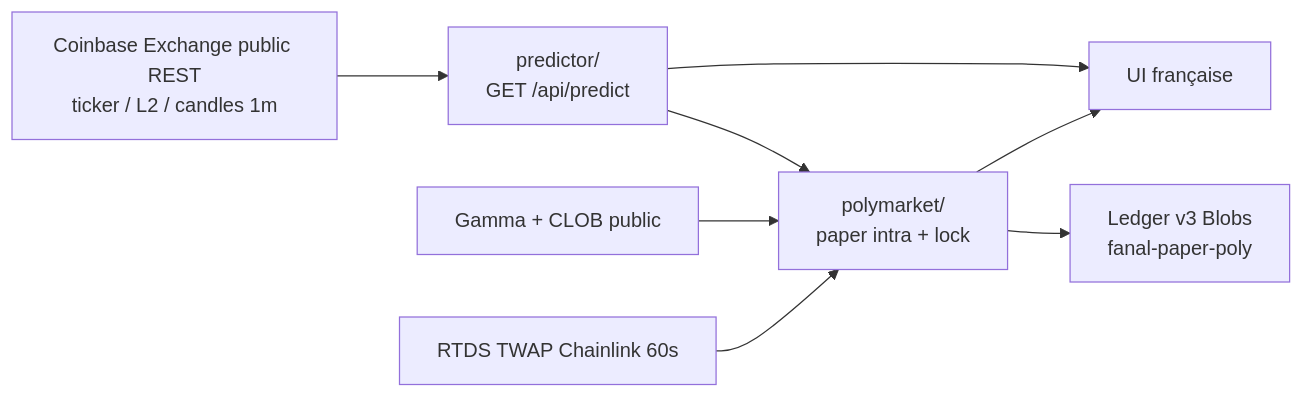
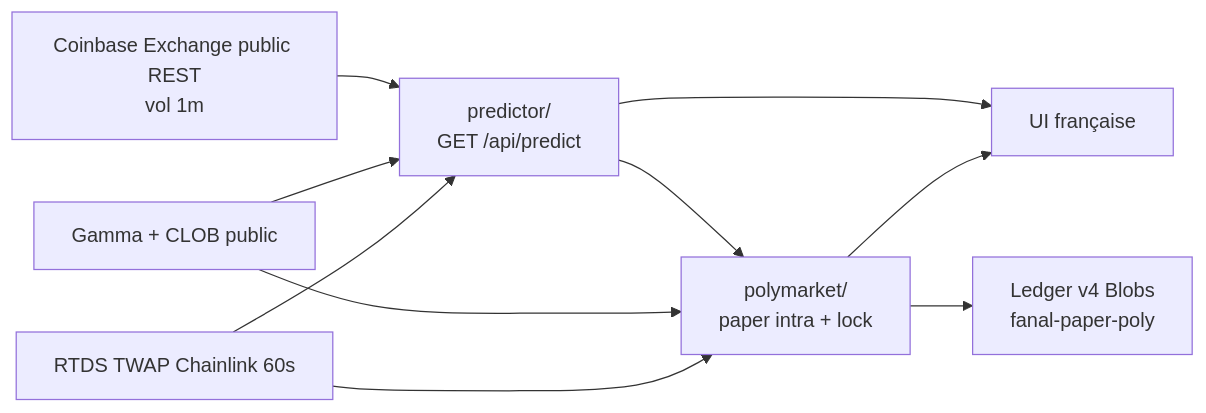
Before and after one commit to Jayvy2002/fanal: the diagram in README.md, drawn with Mermaid. The commit also changed other lines of this file and 23 other files, not shown here.

````diff
--- a/README.md
+++ b/README.md
@@ -14,18 +14,20 @@
 ```mermaid
 flowchart LR
-  CB[Coinbase Exchange public REST<br/>ticker / L2 / candles 1m]
+  CB[Coinbase Exchange public REST<br/>vol 1m]
   PRED["predictor/<br/>GET /api/predict"]
   UI[UI française]
   BOT["polymarket/<br/>paper intra + lock"]
   GAMMA[Gamma + CLOB public]
   RTDS[RTDS TWAP Chainlink 60s]
-  LEDGER[Ledger v3 Blobs<br/>fanal-paper-poly]
+  LEDGER[Ledger v4 Blobs<br/>fanal-paper-poly]
 
   CB --> PRED
+  GAMMA --> PRED
+  RTDS --> PRED
   PRED --> UI
   PRED --> BOT
   GAMMA --> BOT
   RTDS --> BOT
   BOT --> LEDGER
   BOT --> UI
 ```
````
